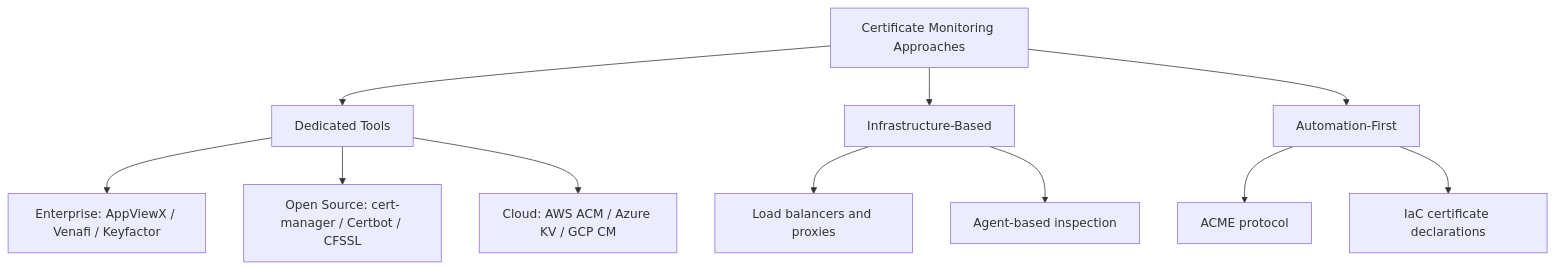
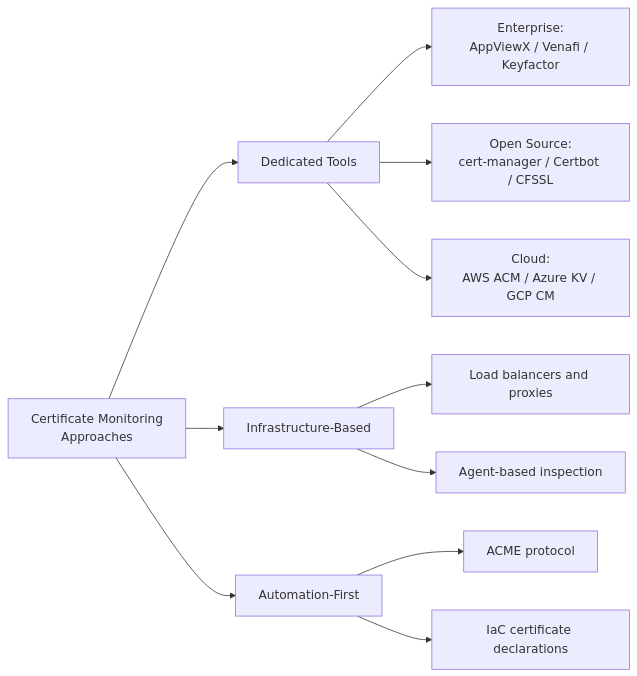
Before and after one commit to radra23/scryops-site: the first of 3 diagrams in content/guides/certificate-monitoring.md, drawn with Mermaid. The commit also changed other lines of this file and 23 other files, not shown here.

First line of the commit message:
content: redraw the nine widest Mermaid diagrams to fit the card

```diff
--- a/content/guides/certificate-monitoring.md
+++ b/content/guides/certificate-monitoring.md
@@ -20,13 +20,13 @@
 {{< mermaid caption="Fig. — Certificate monitoring splits into three approaches: dedicated tools, infrastructure-based validation, and automation-first prevention." >}}
-graph TD
-    A[Certificate Monitoring Approaches] --> B[Dedicated Tools]
+graph LR
+    A[Certificate Monitoring<br/>Approaches] --> B[Dedicated Tools]
     A --> C[Infrastructure-Based]
     A --> D[Automation-First]
-    B --> B1[Enterprise: AppViewX / Venafi / Keyfactor]
-    B --> B2[Open Source: cert-manager / Certbot / CFSSL]
-    B --> B3[Cloud: AWS ACM / Azure KV / GCP CM]
+    B --> B1[Enterprise:<br/>AppViewX / Venafi / Keyfactor]
+    B --> B2[Open Source:<br/>cert-manager / Certbot / CFSSL]
+    B --> B3[Cloud:<br/>AWS ACM / Azure KV / GCP CM]
     C --> C1[Load balancers and proxies]
     C --> C2[Agent-based inspection]
     D --> D1[ACME protocol]
     D --> D2[IaC certificate declarations]
 {{< /mermaid >}}
```
